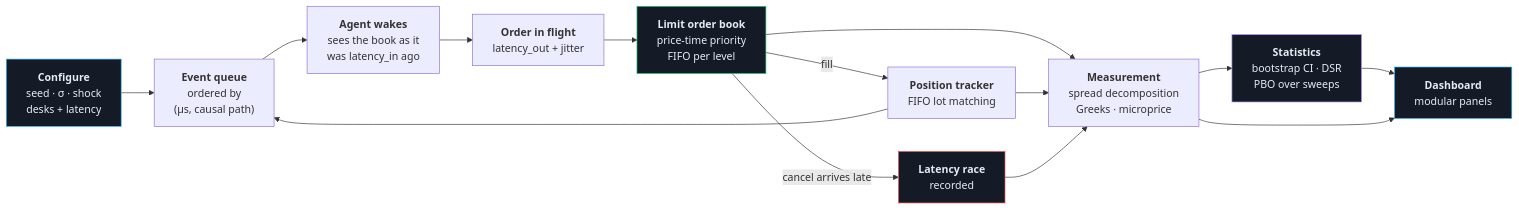
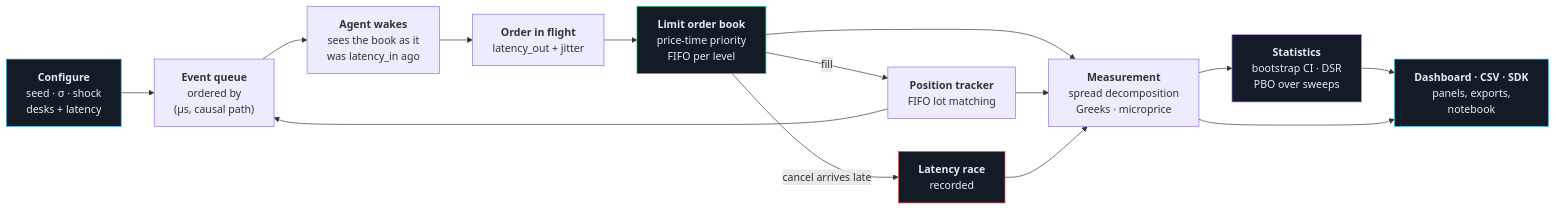
Before and after one commit to IshaanS0112/TradeArenaX: the diagram in README.md, drawn with Mermaid. The commit also changed other lines of this file, not shown here.

````diff
--- a/README.md
+++ b/README.md
@@ -113,24 +117,24 @@
 ```mermaid
 flowchart LR
   A["<b>Configure</b><br/>seed · σ · shock<br/>desks + latency"] --> B["<b>Event queue</b><br/>ordered by<br/>(µs, causal path)"]
 
   B --> C["<b>Agent wakes</b><br/>sees the book as it<br/>was latency_in ago"]
   C --> D["<b>Order in flight</b><br/>latency_out + jitter"]
   D --> E["<b>Limit order book</b><br/>price-time priority<br/>FIFO per level"]
   E -->|fill| F["<b>Position tracker</b><br/>FIFO lot matching"]
   E -->|"cancel arrives late"| G["<b>Latency race</b><br/>recorded"]
   F --> B
 
   E --> H["<b>Measurement</b><br/>spread decomposition<br/>Greeks · microprice"]
   F --> H
   G --> H
   H --> I["<b>Statistics</b><br/>bootstrap CI · DSR<br/>PBO over sweeps"]
-  I --> J["<b>Dashboard</b><br/>modular panels"]
+  I --> J["<b>Dashboard · CSV · SDK</b><br/>panels, exports,<br/>notebook"]
   H --> J
 
   style A fill:#151b26,stroke:#38bdf8,color:#e6ebf2
   style E fill:#151b26,stroke:#26d07c,color:#e6ebf2
   style G fill:#151b26,stroke:#f2544b,color:#e6ebf2
   style I fill:#151b26,stroke:#a78bfa,color:#e6ebf2
   style J fill:#151b26,stroke:#38bdf8,color:#e6ebf2
 ```
````
